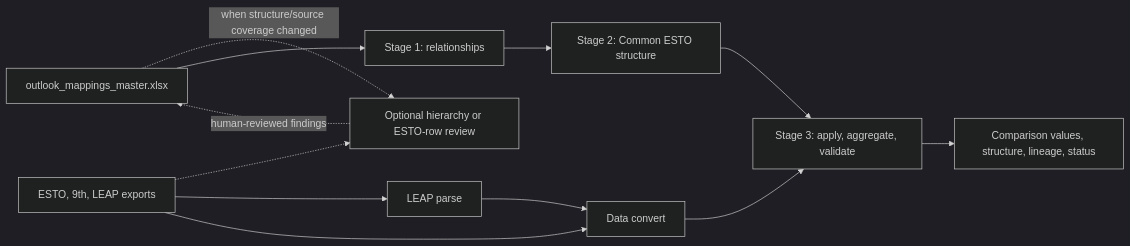
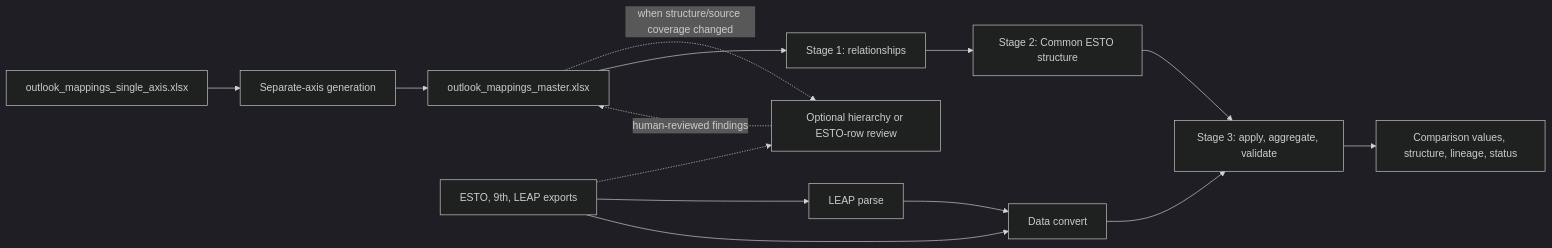
The second of 12 diagrams in docs/handover/end_to_end_system_guide.md (asia-pacific-energy-research-centre/leap_mappings), drawn with Mermaid (dark theme) before and after one commit. The commit also changed other lines of this file and 28 other files, not shown here.

First line of the commit message:
codex: promote separate-axis mapping contract

````diff
--- a/docs/handover/end_to_end_system_guide.md
+++ b/docs/handover/end_to_end_system_guide.md
@@ -68,23 +68,26 @@
 ```mermaid
 flowchart LR
+    AXIS["outlook_mappings_single_axis.xlsx"]
+    GENERATE["Separate-axis generation"]
     WB["outlook_mappings_master.xlsx"]
     SOURCES["ESTO, 9th, LEAP exports"]
     OPTIONAL["Optional hierarchy or ESTO-row review"]
     S1["Stage 1: relationships"]
     S2["Stage 2: Common ESTO structure"]
     P["LEAP parse"]
     C["Data convert"]
     S3["Stage 3: apply, aggregate, validate"]
     PUB["Comparison values, structure, lineage, status"]
 
+    AXIS --> GENERATE --> WB
     WB -. "when structure/source coverage changed" .-> OPTIONAL
     WB --> S1
     SOURCES -.-> OPTIONAL
     OPTIONAL -. "human-reviewed findings" .-> WB
     S1 --> S2
     SOURCES --> P --> C
     SOURCES --> C
     S2 --> S3
     C --> S3
     S3 --> PUB
 ```
````
